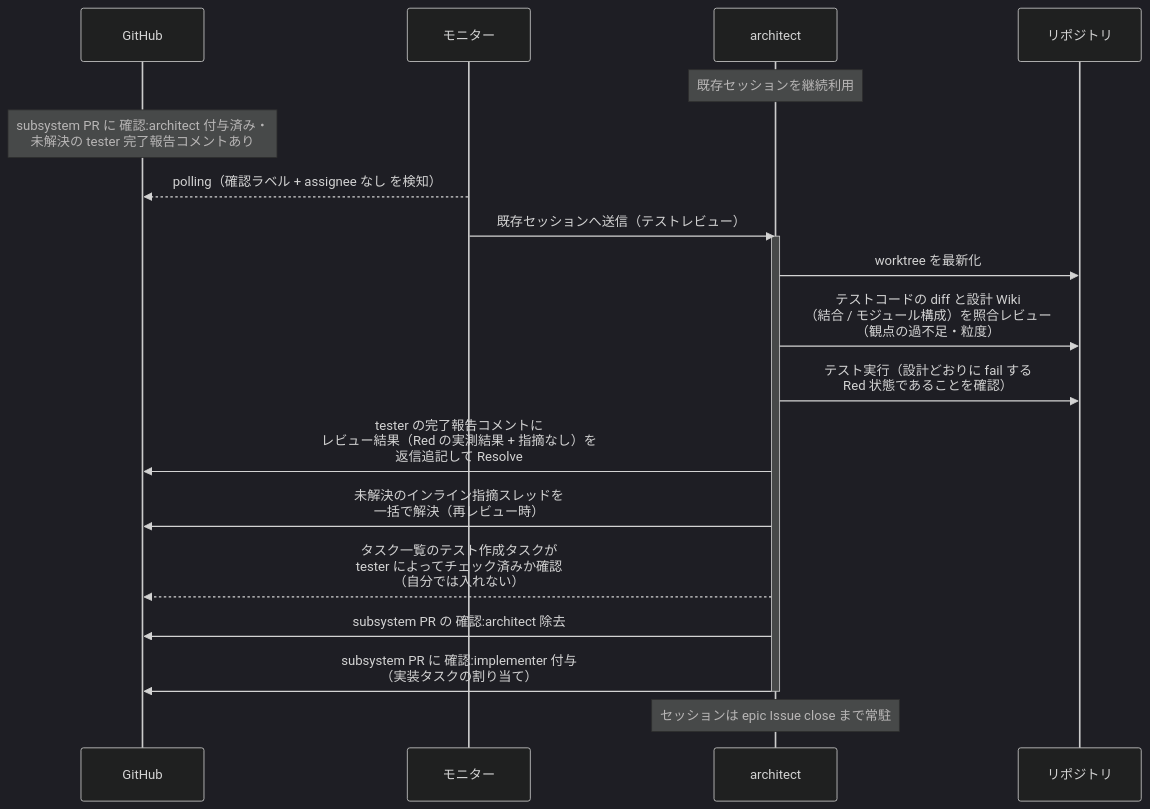
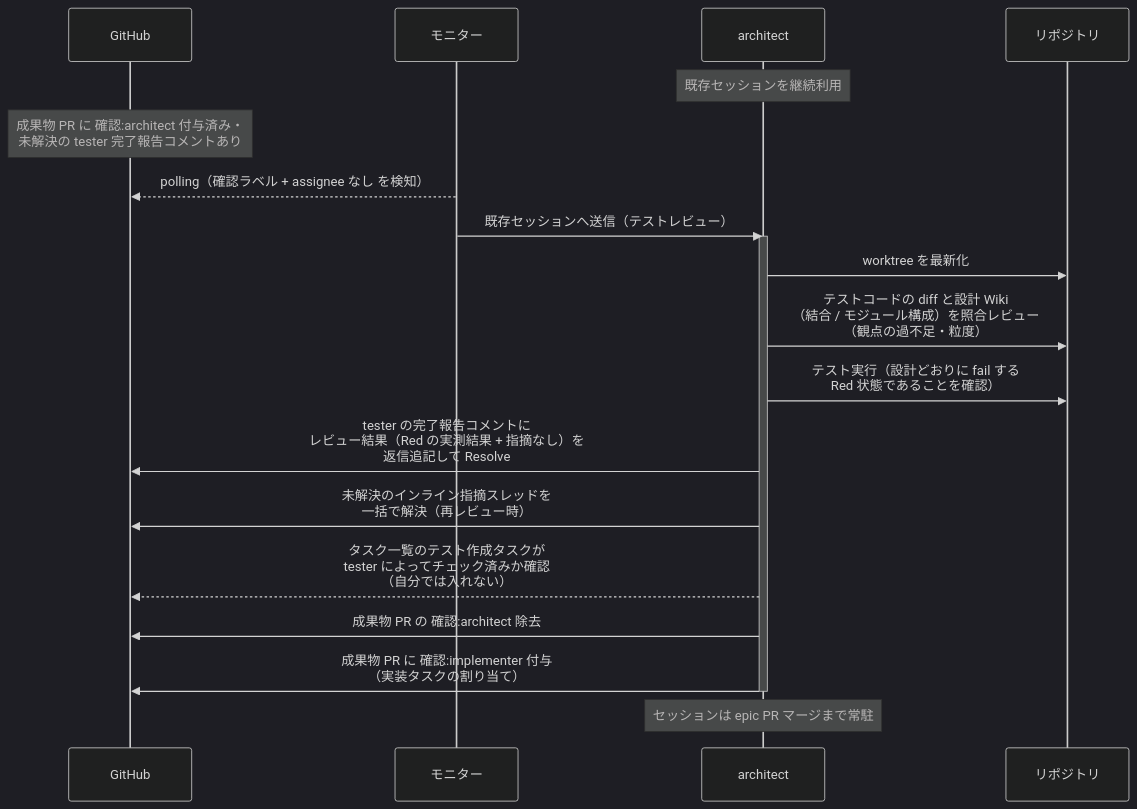
One commit to shuhei1101/ai-monitor changed the first of 3 diagrams in docs/wiki/設計図/シナリオ/単一ユースケース/テストレビュー.md. Above: the diagram before and after it, drawn with Mermaid (dark theme). The commit also changed other lines of this file and 256 other files, not shown here.

````diff
--- a/docs/wiki/設計図/シナリオ/単一ユースケース/テストレビュー.md
+++ b/docs/wiki/設計図/シナリオ/単一ユースケース/テストレビュー.md
@@ -26,23 +26,23 @@
 ```mermaid
 sequenceDiagram
   participant GH as GitHub
   participant ORC as モニター
   participant MON as architect
   participant REPO as リポジトリ
 
   Note over MON: 既存セッションを継続利用
-  Note over GH: subsystem PR に 確認:architect 付与済み・<br>未解決の tester 完了報告コメントあり
+  Note over GH: 成果物 PR に 確認:architect 付与済み・<br>未解決の tester 完了報告コメントあり
   ORC-->>GH: polling（確認ラベル + assignee なし を検知）
   ORC->>MON: 既存セッションへ送信（テストレビュー）
   activate MON
   MON->>REPO: worktree を最新化
   MON->>REPO: テストコードの diff と設計 Wiki<br>（結合 / モジュール構成）を照合レビュー<br>（観点の過不足・粒度）
   MON->>REPO: テスト実行（設計どおりに fail する<br>Red 状態であることを確認）
   MON->>GH: tester の完了報告コメントに<br>レビュー結果（Red の実測結果 + 指摘なし）を<br>返信追記して Resolve
   MON->>GH: 未解決のインライン指摘スレッドを<br>一括で解決（再レビュー時）
   MON-->>GH: タスク一覧のテスト作成タスクが<br>tester によってチェック済みか確認<br>（自分では入れない）
-  MON->>GH: subsystem PR の 確認:architect 除去
-  MON->>GH: subsystem PR に 確認:implementer 付与<br>（実装タスクの割り当て）
+  MON->>GH: 成果物 PR の 確認:architect 除去
+  MON->>GH: 成果物 PR に 確認:implementer 付与<br>（実装タスクの割り当て）
   deactivate MON
-  Note over MON: セッションは epic Issue close まで常駐
+  Note over MON: セッションは epic PR マージまで常駐
 ```
````
